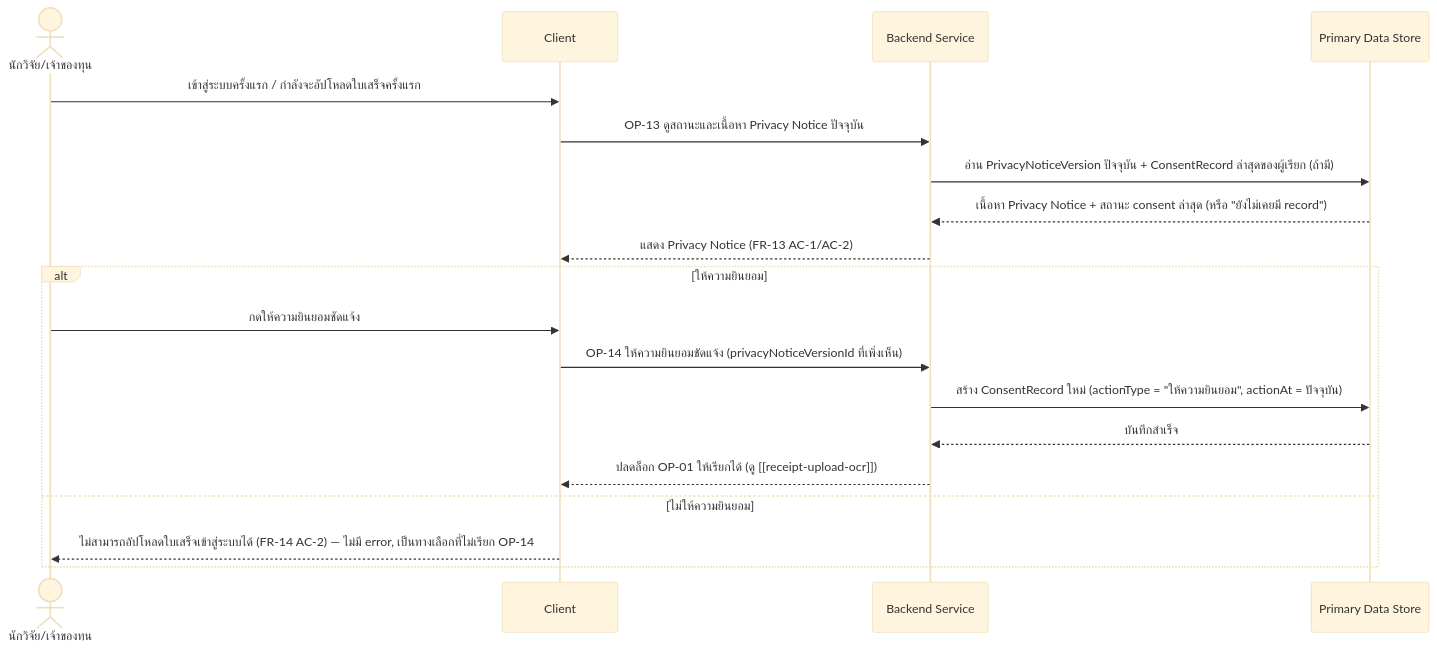
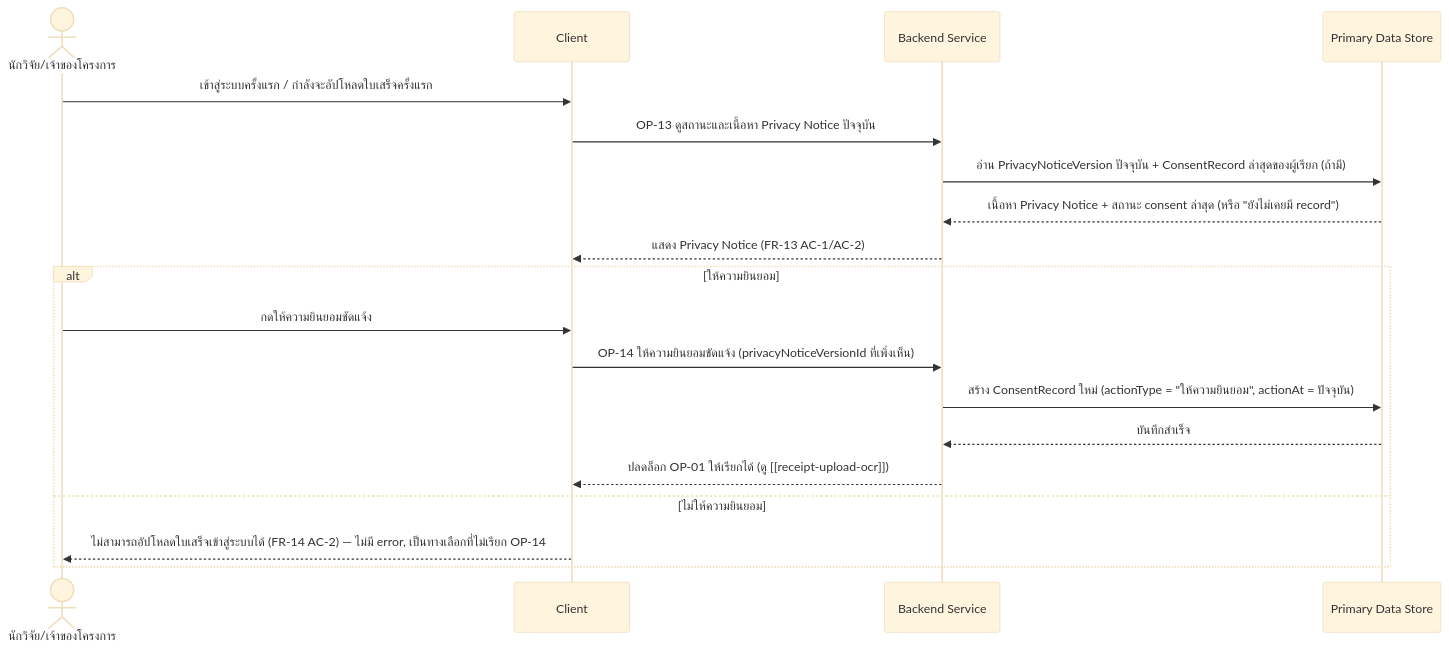
Before and after one commit to ptrsswnr/Grant-Receipt-Assistant: the first of 3 diagrams in docs/02-design/02-technical/detailed-design/consent-management.md, drawn with Mermaid (base theme). The commit also changed other lines of this file and 18 other files, not shown here.

````diff
--- a/docs/02-design/02-technical/detailed-design/consent-management.md
+++ b/docs/02-design/02-technical/detailed-design/consent-management.md
@@ -30,22 +36,22 @@
 ```mermaid
 sequenceDiagram
-    actor R as นักวิจัย/เจ้าของทุน
+    actor R as นักวิจัย/เจ้าของโครงการ
     participant C as Client
     participant B as Backend Service
     participant DS as Primary Data Store
 
     R->>C: เข้าสู่ระบบครั้งแรก / กำลังจะอัปโหลดใบเสร็จครั้งแรก
     C->>B: OP-13 ดูสถานะและเนื้อหา Privacy Notice ปัจจุบัน
     B->>DS: อ่าน PrivacyNoticeVersion ปัจจุบัน + ConsentRecord ล่าสุดของผู้เรียก (ถ้ามี)
     DS-->>B: เนื้อหา Privacy Notice + สถานะ consent ล่าสุด (หรือ "ยังไม่เคยมี record")
     B-->>C: แสดง Privacy Notice (FR-13 AC-1/AC-2)
     alt ให้ความยินยอม
         R->>C: กดให้ความยินยอมชัดแจ้ง
         C->>B: OP-14 ให้ความยินยอมชัดแจ้ง (privacyNoticeVersionId ที่เพิ่งเห็น)
         B->>DS: สร้าง ConsentRecord ใหม่ (actionType = "ให้ความยินยอม", actionAt = ปัจจุบัน)
         DS-->>B: บันทึกสำเร็จ
         B-->>C: ปลดล็อก OP-01 ให้เรียกได้ (ดู [[receipt-upload-ocr]])
     else ไม่ให้ความยินยอม
         C-->>R: ไม่สามารถอัปโหลดใบเสร็จเข้าสู่ระบบได้ (FR-14 AC-2) — ไม่มี error, เป็นทางเลือกที่ไม่เรียก OP-14
     end
 ```
````
